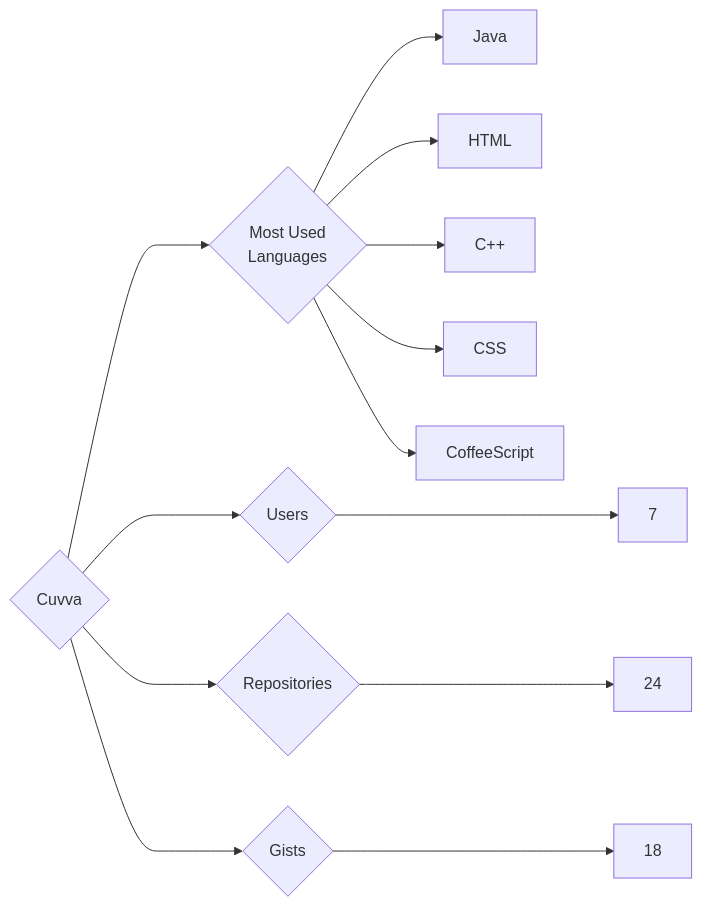
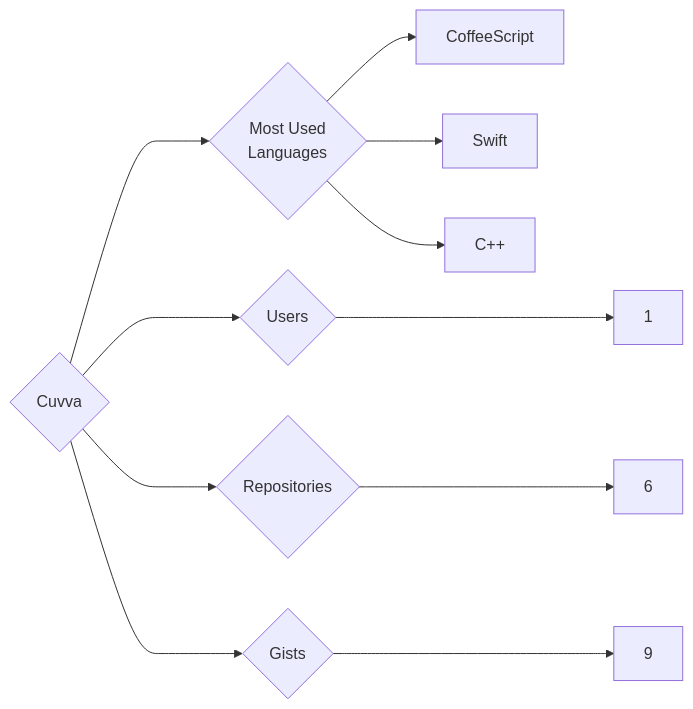
One commit to trickest/insiders changed the diagram in targets/Cuvva/README.md. Above: the diagram before and after it, drawn with Mermaid. The commit also changed 681 other files, not shown here.

````diff
--- a/targets/Cuvva/README.md
+++ b/targets/Cuvva/README.md
@@ -3,13 +3,11 @@
 ```mermaid
 graph LR
 COMPANY_NAME{Cuvva}
-COMPANY_NAME ---> U{Users} ---> UN[7]
-COMPANY_NAME ---> R{Repositories} ---> RN[24]
-COMPANY_NAME ---> G{Gists} ---> GN[18]
+COMPANY_NAME ---> U{Users} ---> UN[1]
+COMPANY_NAME ---> R{Repositories} ---> RN[6]
+COMPANY_NAME ---> G{Gists} ---> GN[9]
 COMPANY_NAME ---> ML{Most Used<br>Languages}
-ML --> Java[Java]
-ML --> HTML[HTML]
+ML --> CoffeeScript[CoffeeScript]
+ML --> Swift[Swift]
 ML --> C++[C++]
-ML --> CSS[CSS]
-ML --> CoffeeScript[CoffeeScript]
 ```
````
